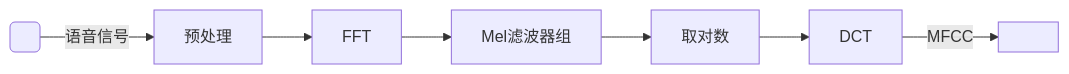
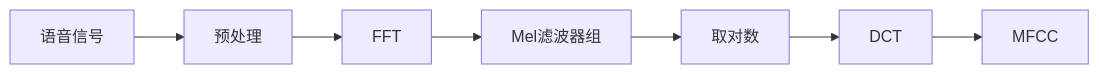
One commit to xx-xx-xx/hexo changed the fifth of 10 diagrams in source/_posts/基于深度学习的说话人识别算法-郑雷.md. Above: the diagram before and after it, drawn with Mermaid. The commit also changed other lines of this file and 32 other files, not shown here.

````diff
--- a/source/_posts/基于深度学习的说话人识别算法-郑雷.md
+++ b/source/_posts/基于深度学习的说话人识别算法-郑雷.md
@@ -162,4 +179,4 @@
   ```mermaid
   graph LR
-  P( )--语音信号-->A[预处理]-->B[FFT]-->C[Mel滤波器组]-->D[取对数]-->E[DCT]--MFCC-->F[ ];
+  P[语音信号]-->A[预处理]-->B[FFT]-->C[Mel滤波器组]-->D[取对数]-->E[DCT]-->F[MFCC];
   ```
````
